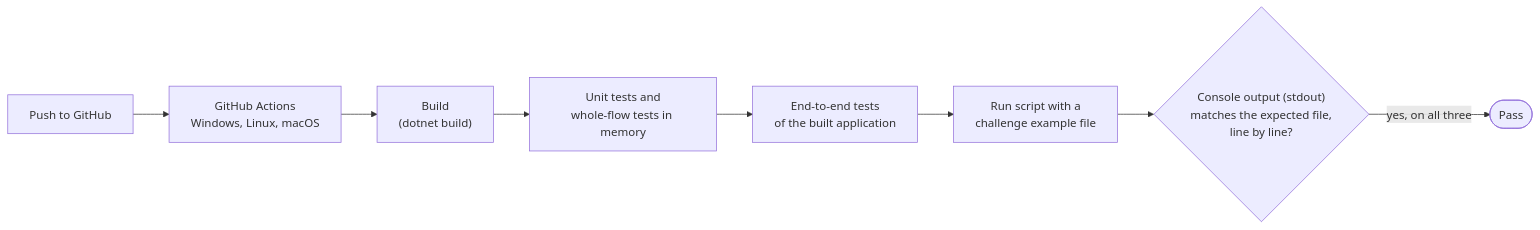
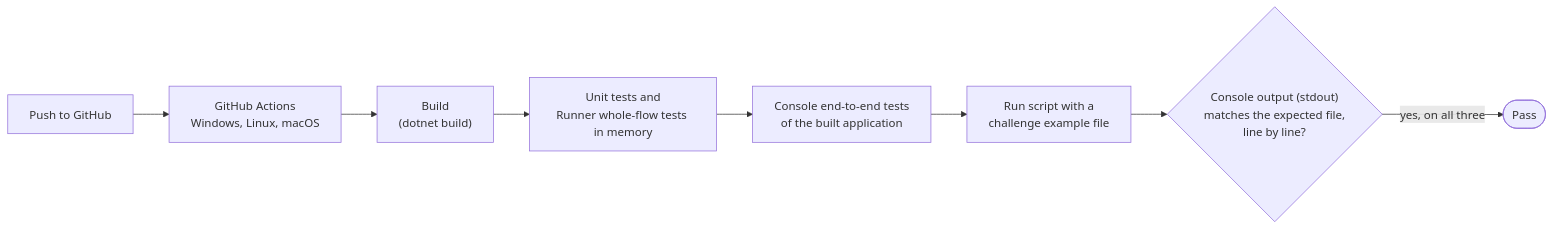
The diagram in docs/solution-design/09-considerations.md (hetal-patel78/toy-robot-spec-driven), drawn with Mermaid before and after one commit. The commit also changed other lines of this file and 53 other files, not shown here.

Commit message:
Rename the test levels: Runner whole-flow tests (tests/ToyRobot.Tests/RunnerWholeFlow) and console end-to-end tests (tests/ToyRobot.ConsoleEndToEndTests); DEC-31, solution design, specs, CI, README test levels; prompt log P173-P174, review log R18; report row

````diff
--- a/docs/solution-design/09-considerations.md
+++ b/docs/solution-design/09-considerations.md
@@ -70,10 +70,10 @@
 ```mermaid
 flowchart LR
     A["Push to GitHub"] --> B["GitHub Actions<br>Windows, Linux, macOS"]
     B --> C["Build<br>(dotnet build)"]
-    C --> D["Unit tests and<br>whole-flow tests in memory"]
-    D --> E["End-to-end tests<br>of the built application"]
+    C --> D["Unit tests and<br>Runner whole-flow tests in memory"]
+    D --> E["Console end-to-end tests<br>of the built application"]
     E --> F["Run script with a<br>challenge example file"]
     F --> G{"Console output (stdout)<br>matches the expected file,<br>line by line?"}
     G -- "yes, on all three" --> H(["Pass"])
 ```
````
